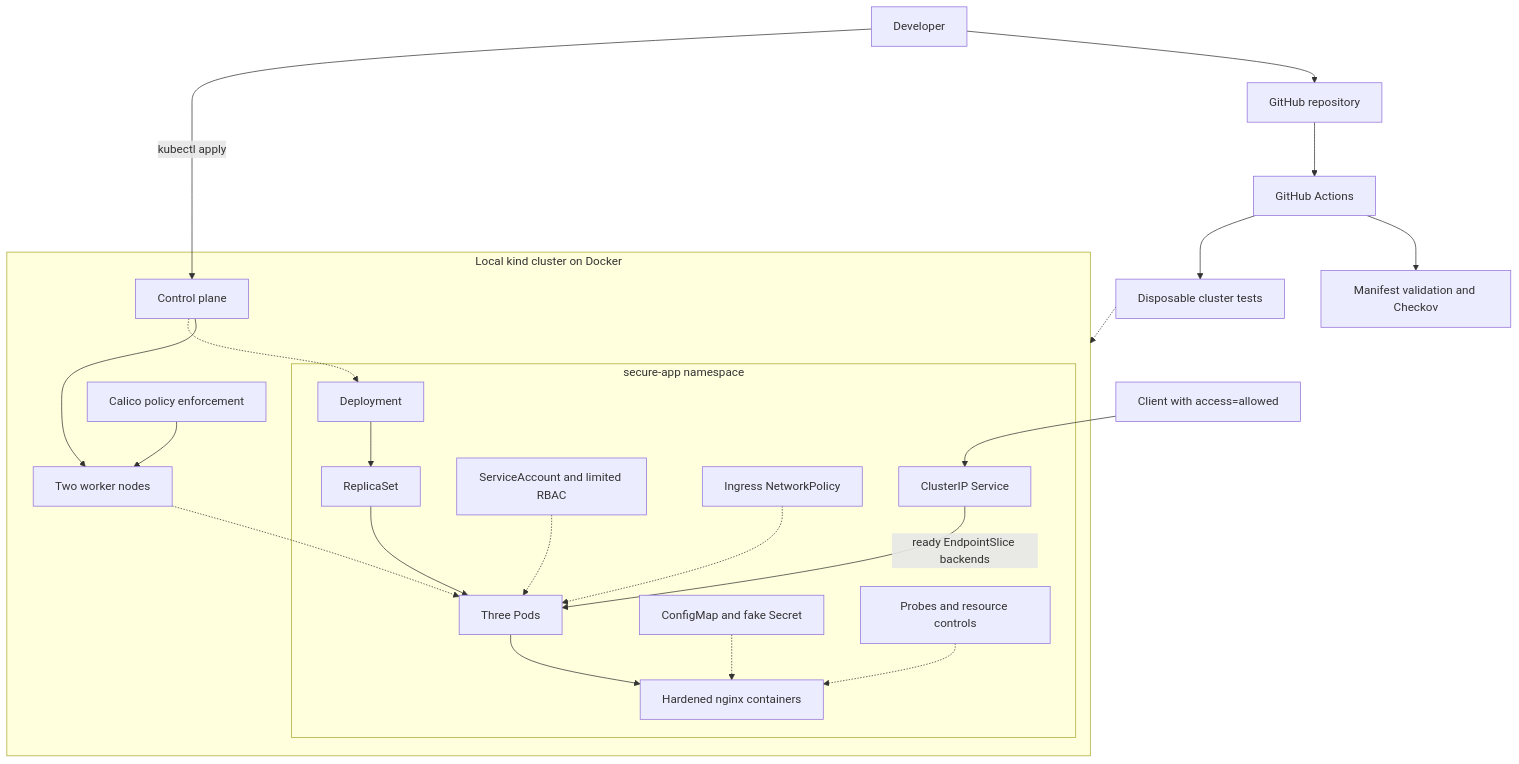
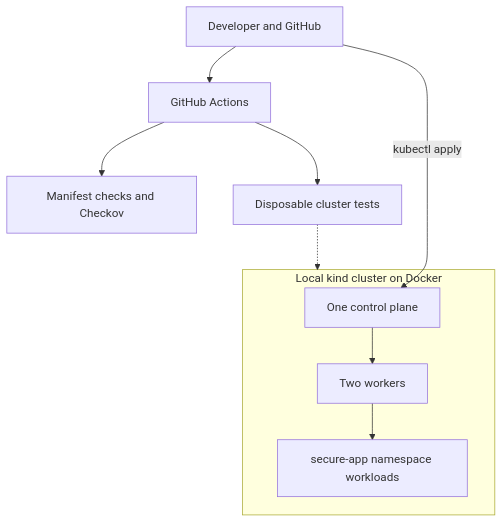
Before and after one commit to ozangirginwork-wq/secure-kubernetes-deployment-lab: the first of 2 diagrams in README.md, drawn with Mermaid. The commit also changed other lines of this file and 8 other files, not shown here.

````diff
--- a/README.md
+++ b/README.md
@@ -31,26 +31,12 @@
 ```mermaid
 flowchart TD
-    Dev[Developer] --> Git[GitHub repository]
-    Git --> CI[GitHub Actions]
-    CI --> Scan[Manifest validation and Checkov]
+    Dev[Developer and GitHub] --> CI[GitHub Actions]
+    CI --> Scan[Manifest checks and Checkov]
     CI --> Test[Disposable cluster tests]
     Dev -->|kubectl apply| CP
     subgraph Cluster[Local kind cluster on Docker]
-        CP[Control plane] --> Workers[Two worker nodes]
-        Calico[Calico policy enforcement] --> Workers
-        subgraph NS[secure-app namespace]
-            Deploy[Deployment] --> RS[ReplicaSet]
-            RS --> Pods[Three Pods]
-            Pods --> Nginx[Hardened nginx containers]
-            SA[ServiceAccount and limited RBAC] -.-> Pods
-            Config[ConfigMap and fake Secret] -.-> Nginx
-            Controls[Probes and resource controls] -.-> Nginx
-            NP[Ingress NetworkPolicy] -.-> Pods
-            Svc[ClusterIP Service] -->|ready EndpointSlice backends| Pods
-        end
-        Workers -.-> Pods
-        CP -.-> Deploy
+        CP[One control plane] --> Workers[Two workers]
+        Workers --> NS[secure-app namespace workloads]
     end
     Test -.-> Cluster
-    Client[Client with access=allowed] --> Svc
 ```
````
